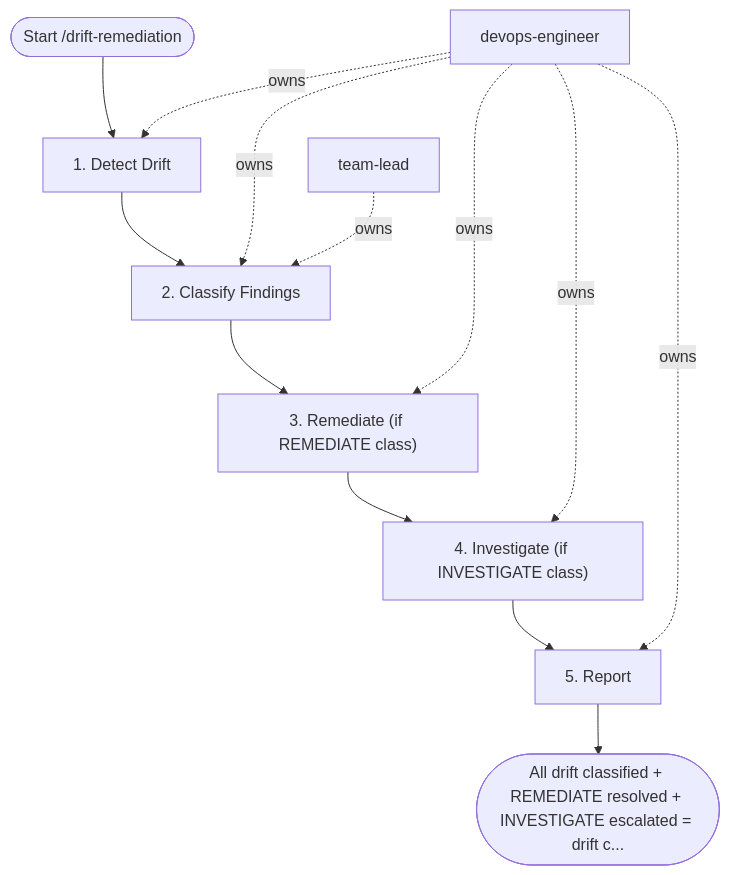
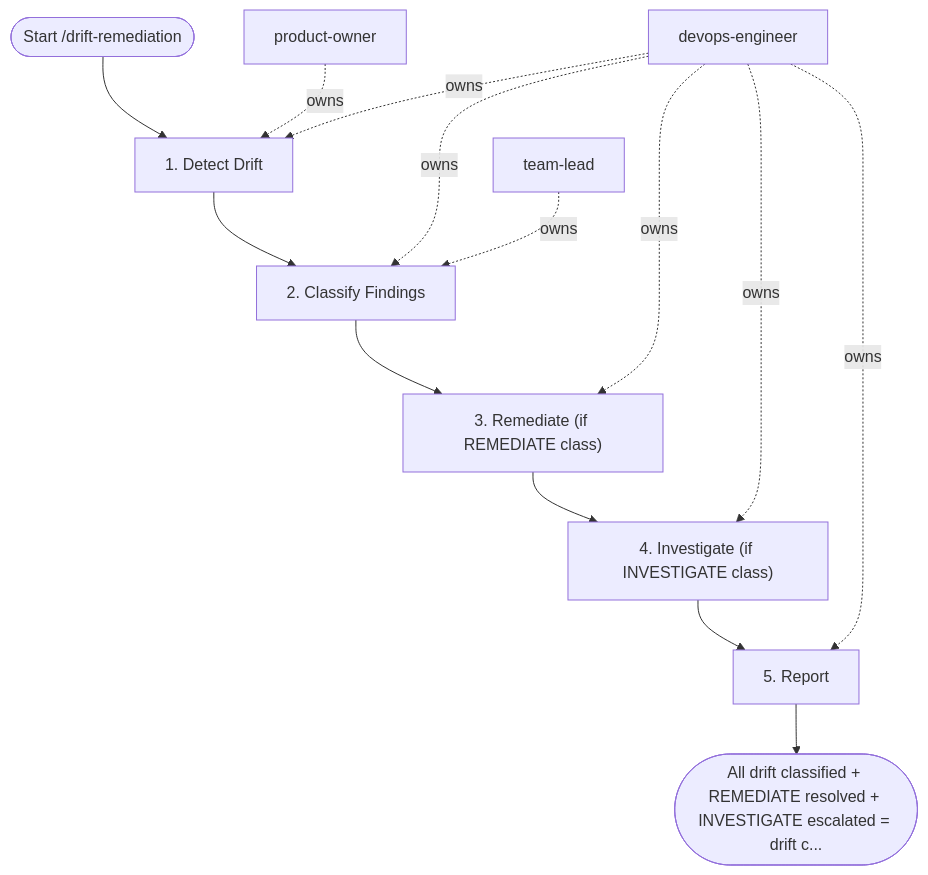
One commit to sawrus/agent-guides changed the diagram in areas/devops/infrastructure/workflows/drift-remediation.md. Above: the diagram before and after it, drawn with Mermaid. The commit also changed other lines of this file and 76 other files, not shown here.

Commit message:
Standardize workflow product owner initiation

````diff
--- a/areas/devops/infrastructure/workflows/drift-remediation.md
+++ b/areas/devops/infrastructure/workflows/drift-remediation.md
@@ -68,24 +68,26 @@
 ```mermaid
 flowchart TD
   start(["Start /drift-remediation"])
-  role_1["devops-engineer"]
-  role_2["team-lead"]
+  role_1["product-owner"]
+  role_2["devops-engineer"]
+  role_3["team-lead"]
   step_1["1. Detect Drift"]
   step_2["2. Classify Findings"]
   step_3["3. Remediate (if REMEDIATE class)"]
   step_4["4. Investigate (if INVESTIGATE class)"]
   step_5["5. Report"]
   exit(["All drift classified + REMEDIATE resolved + INVESTIGATE escalated = drift c..."])
   start --> step_1
   step_1 --> step_2
   step_2 --> step_3
   step_3 --> step_4
   step_4 --> step_5
   step_5 --> exit
   role_1 -. owns .-> step_1
-  role_1 -. owns .-> step_2
+  role_2 -. owns .-> step_1
   role_2 -. owns .-> step_2
-  role_1 -. owns .-> step_3
-  role_1 -. owns .-> step_4
-  role_1 -. owns .-> step_5
+  role_3 -. owns .-> step_2
+  role_2 -. owns .-> step_3
+  role_2 -. owns .-> step_4
+  role_2 -. owns .-> step_5
 ```
````
